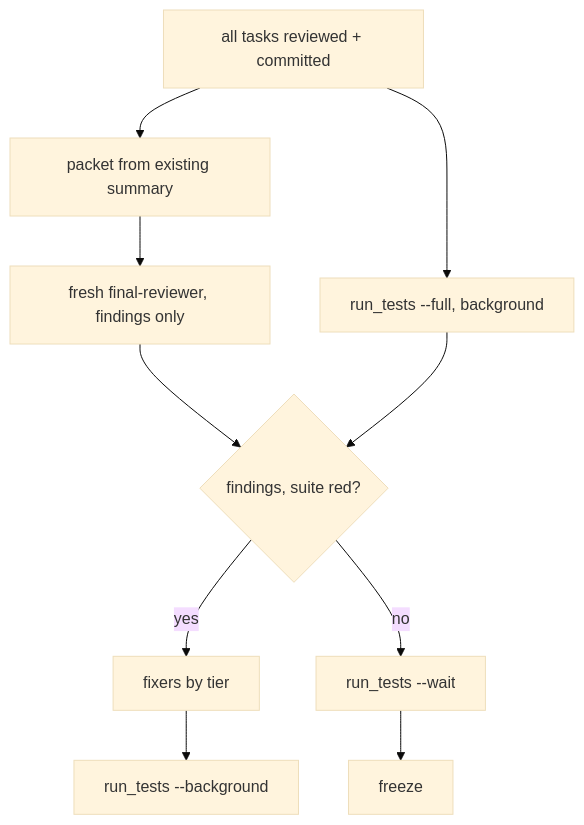
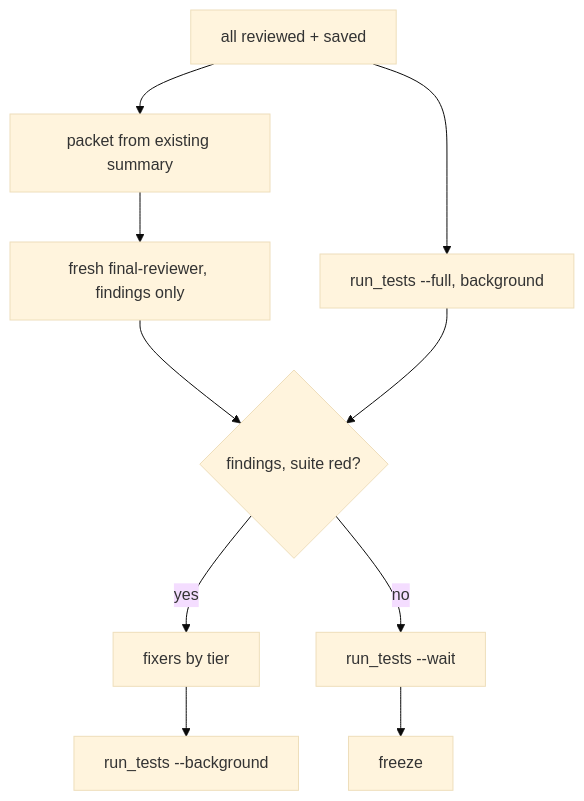
One commit to iha2/superlite changed the third of 3 diagrams in skills/subagent-driven-development/SKILL.md. Above: the diagram before and after it, drawn with Mermaid (base theme). The commit also changed other lines of this file and 38 other files, not shown here.

````diff
--- a/skills/subagent-driven-development/SKILL.md
+++ b/skills/subagent-driven-development/SKILL.md
@@ -75,10 +75,10 @@
 ```mermaid
 flowchart TB
-  G[all tasks reviewed + committed] --> PK[packet from existing summary]
+  G[all reviewed + saved] --> PK[packet from existing summary]
   G --> ST[run_tests --full, background]
   PK --> FR[fresh final-reviewer, findings only]
   FR --> V{findings, suite red?}
   ST --> V
   V -- yes --> FX[fixers by tier] --> ST2[run_tests --background]
   V -- no --> W[run_tests --wait] --> Z[freeze]
 ```
````
